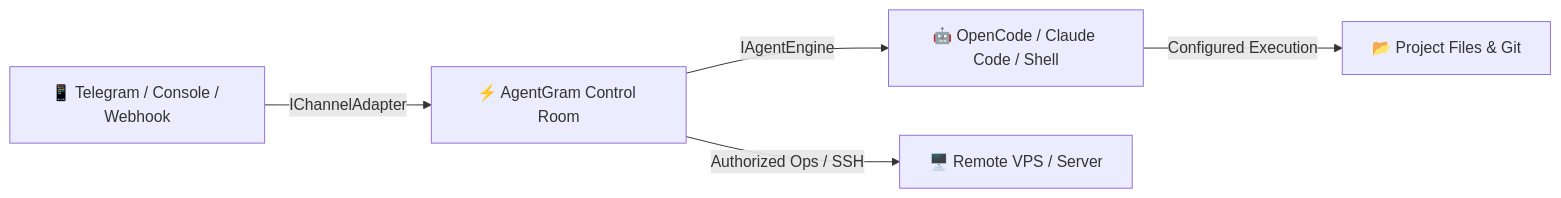
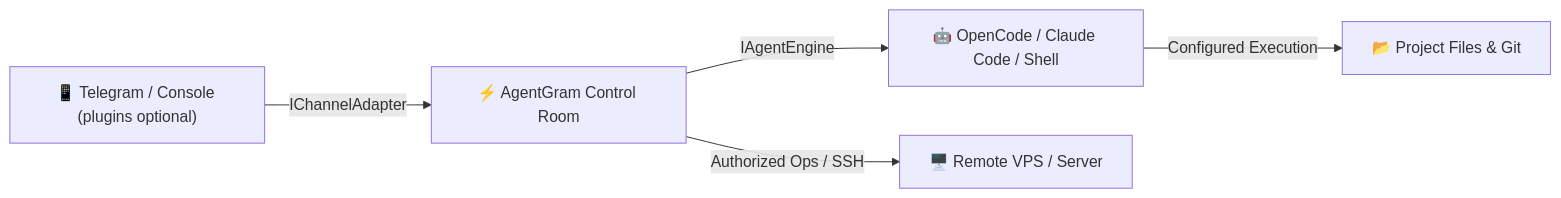
One commit to crewloom/bridge changed the diagram in README.md. Above: the diagram before and after it, drawn with Mermaid. The commit also changed other lines of this file, not shown here.

````diff
--- a/README.md
+++ b/README.md
@@ -41,7 +41,7 @@
 ```mermaid
 flowchart LR
-    User["📱 Telegram / Console / Webhook"] -->|IChannelAdapter| ControlRoom["⚡ AgentGram Control Room"]
+    User["📱 Telegram / Console (plugins optional)"] -->|IChannelAdapter| ControlRoom["⚡ AgentGram Control Room"]
     ControlRoom -->|IAgentEngine| Engine["🤖 OpenCode / Claude Code / Shell"]
     Engine -->|Configured Execution| Project["📂 Project Files & Git"]
     ControlRoom -->|Authorized Ops / SSH| Remote["🖥️ Remote VPS / Server"]
 ```
````
